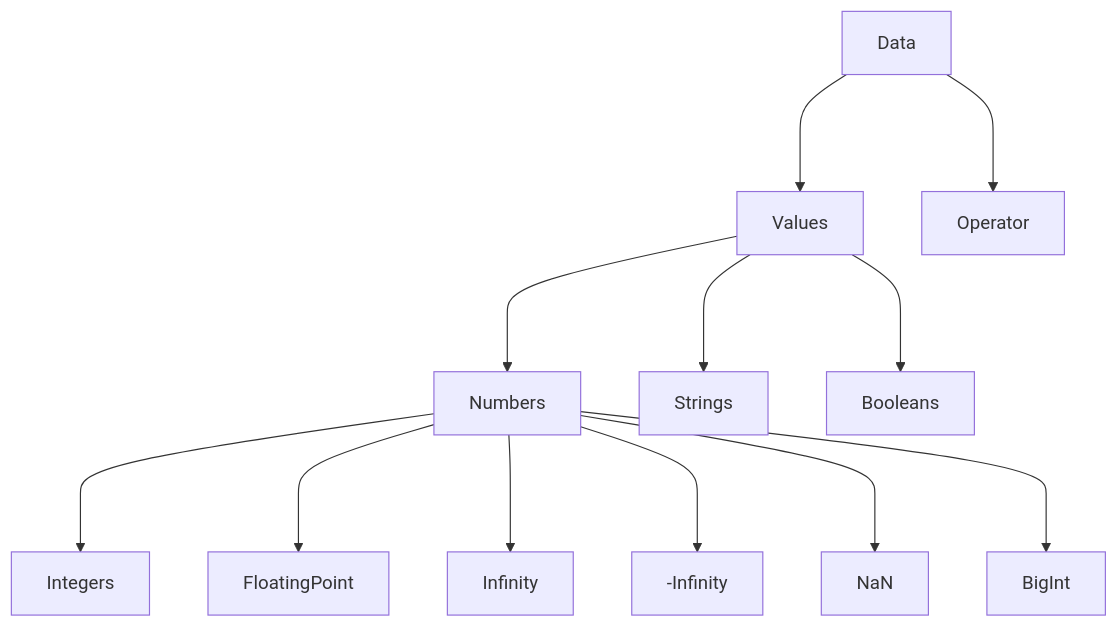
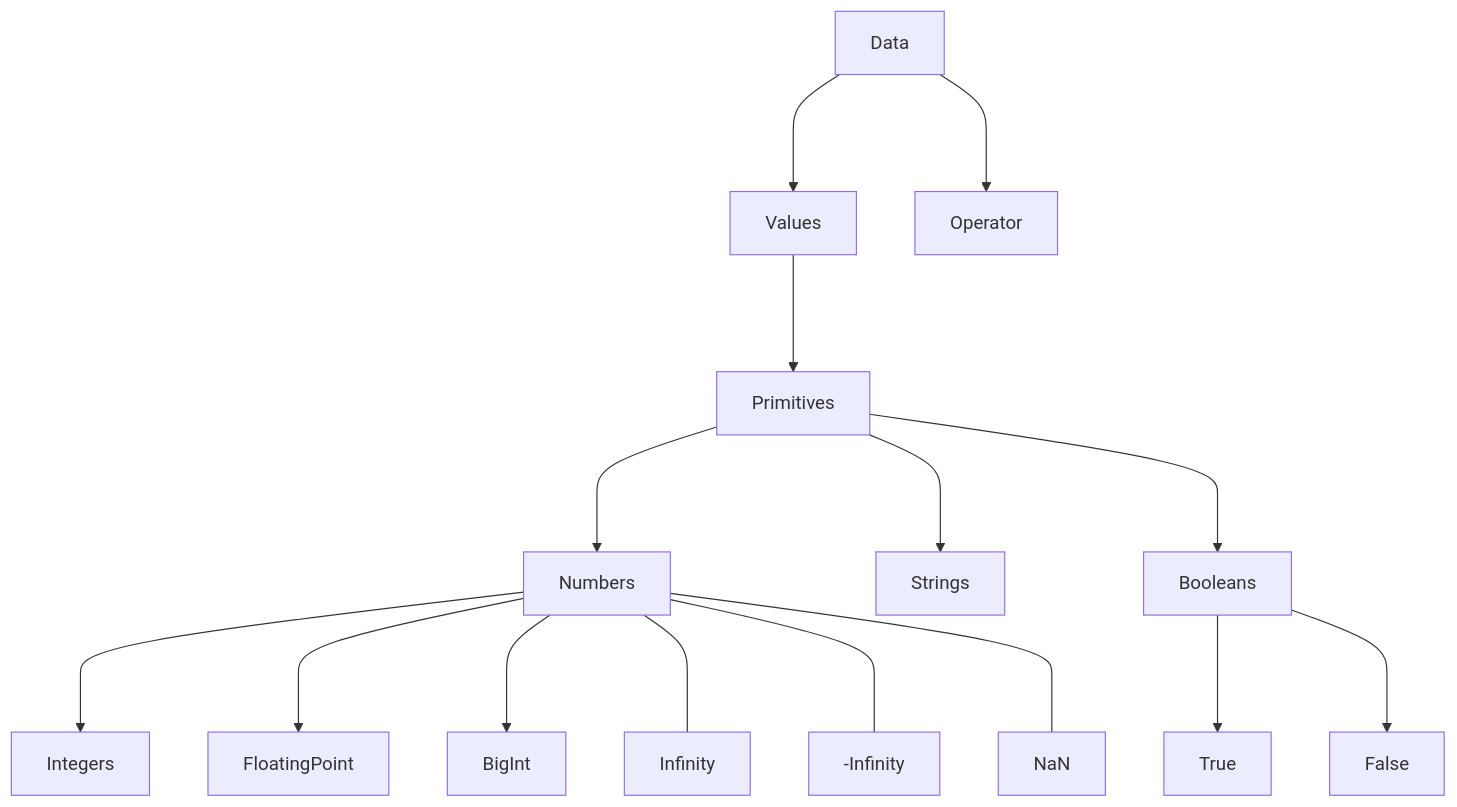
Before and after one commit to mortonmills/1960s: the first of 2 diagrams in notes/js-cheatsheet.md, drawn with Mermaid. The commit also changed other lines of this file, not shown here.

````diff
--- a/notes/js-cheatsheet.md
+++ b/notes/js-cheatsheet.md
@@ -12,9 +12,13 @@
 ```mermaid
 flowchart TB
 
 Data--->Values & Operator
 
-Values--->Numbers & Strings & Booleans
+Values--->Primitives
 
-Numbers---> Integers & FloatingPoint & Infinity & -Infinity & NaN & BigInt
+Primitives--->Numbers & Strings & Booleans
+
+Numbers---> Integers & FloatingPoint & BigInt
+Numbers----Infinity & -Infinity & NaN
+Booleans---> True & False
 ```
````
